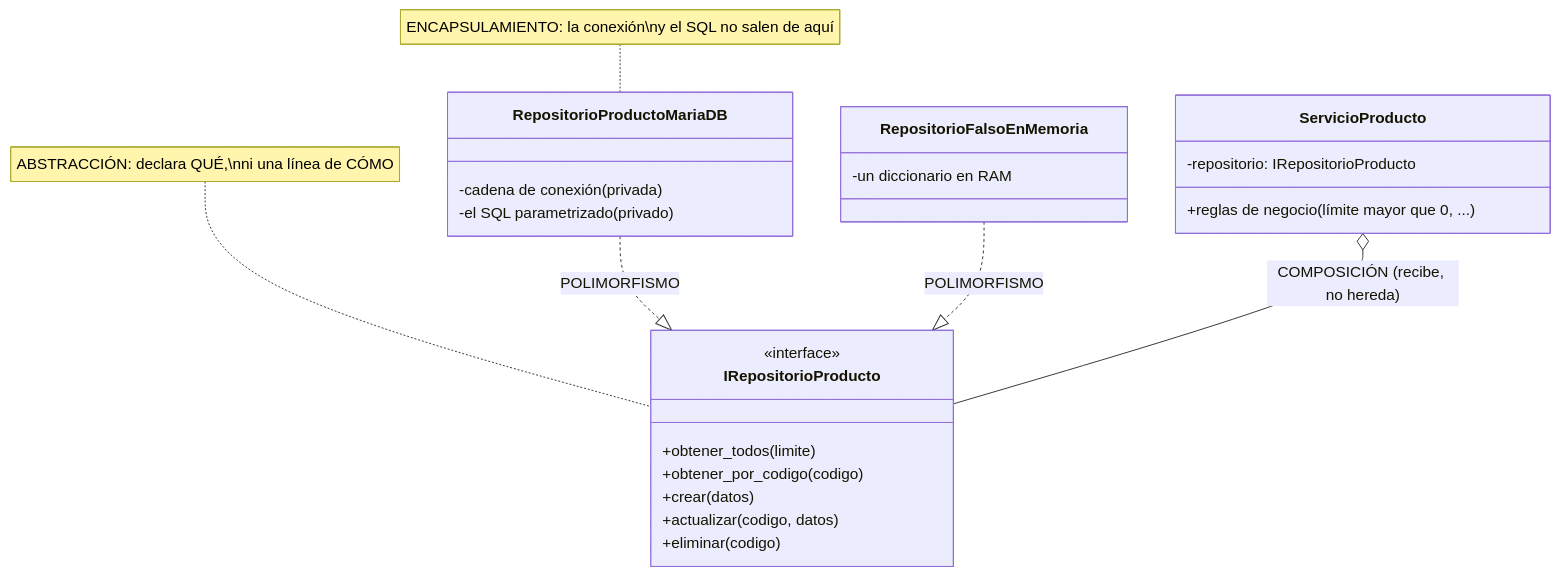
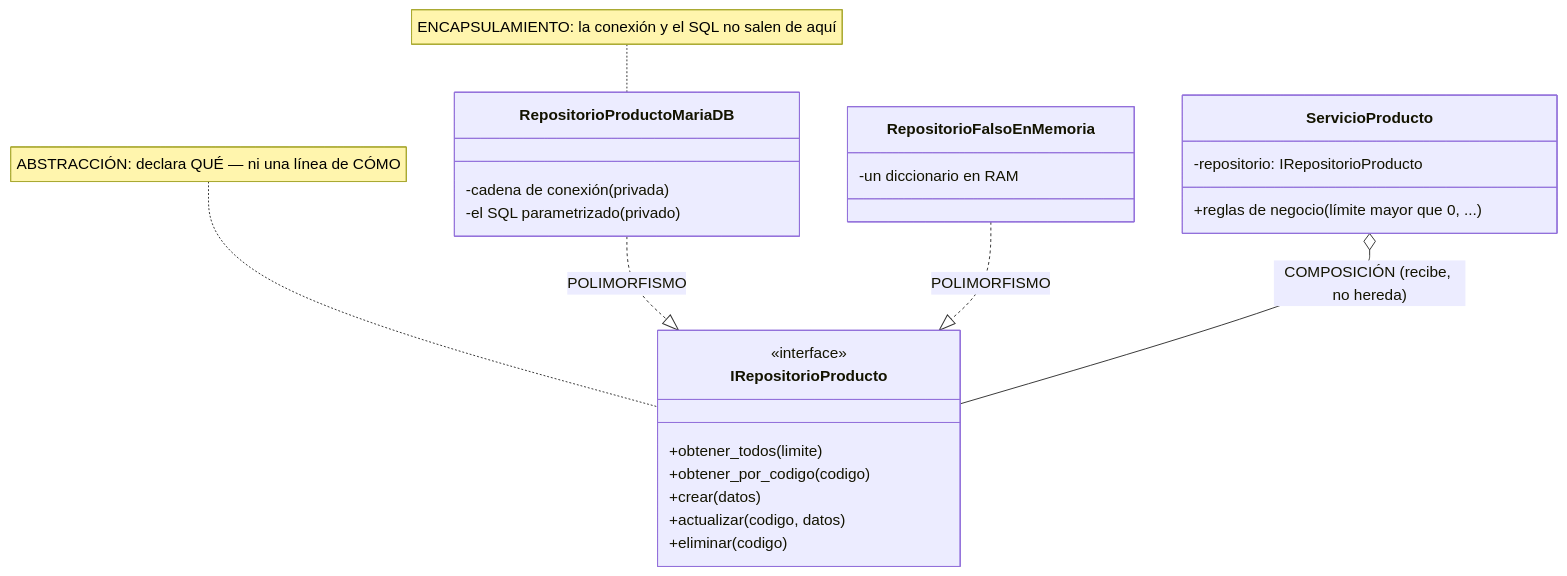
Before and after one commit to ccastro2050/proyecto_php_sin_docker: the second of 5 diagrams in docs/PARADIGMA_POO.md, drawn with Mermaid. The commit also changed other lines of this file, not shown here.

Commit message:
PARADIGMA_POO: las DOS caras del polimorfismo (herencia+sobrescritura vs contrato+implementaciones) con ejemplos y diagramas, la herencia real del proyecto señalada, y notas Mermaid sin saltos literales

````diff
--- a/docs/PARADIGMA_POO.md
+++ b/docs/PARADIGMA_POO.md
@@ -109,27 +109,27 @@
 ```mermaid
 classDiagram
     class IRepositorioProducto {
         <<interface>>
         +obtener_todos(limite)
         +obtener_por_codigo(codigo)
         +crear(datos)
         +actualizar(codigo, datos)
         +eliminar(codigo)
     }
     class RepositorioProductoMariaDB {
         -cadena de conexión (privada)
         -el SQL parametrizado (privado)
     }
     class RepositorioFalsoEnMemoria {
         -un diccionario en RAM
     }
     class ServicioProducto {
         -repositorio: IRepositorioProducto
         +reglas de negocio (límite mayor que 0, ...)
     }
     RepositorioProductoMariaDB ..|> IRepositorioProducto : POLIMORFISMO
     RepositorioFalsoEnMemoria ..|> IRepositorioProducto : POLIMORFISMO
     ServicioProducto o-- IRepositorioProducto : COMPOSICIÓN (recibe, no hereda)
-    note for IRepositorioProducto "ABSTRACCIÓN: declara QUÉ,\nni una línea de CÓMO"
-    note for RepositorioProductoMariaDB "ENCAPSULAMIENTO: la conexión\ny el SQL no salen de aquí"
+    note for IRepositorioProducto "ABSTRACCIÓN: declara QUÉ — ni una línea de CÓMO"
+    note for RepositorioProductoMariaDB "ENCAPSULAMIENTO: la conexión y el SQL no salen de aquí"
 ```
````
